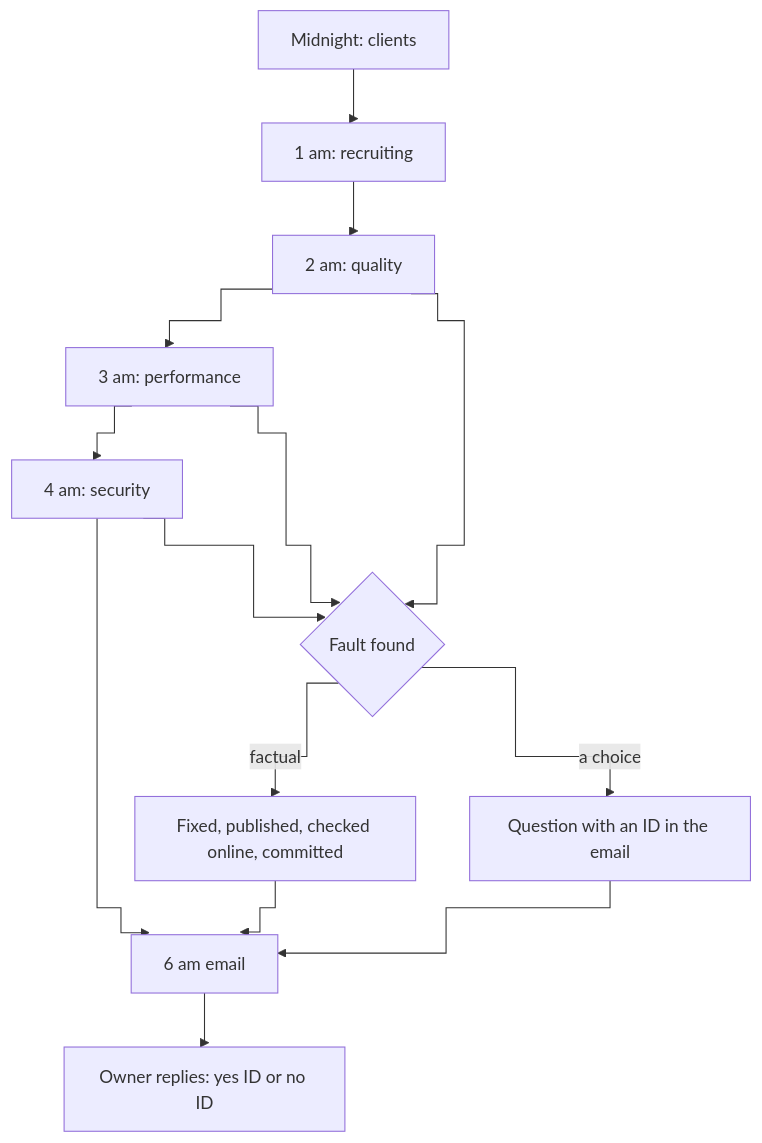
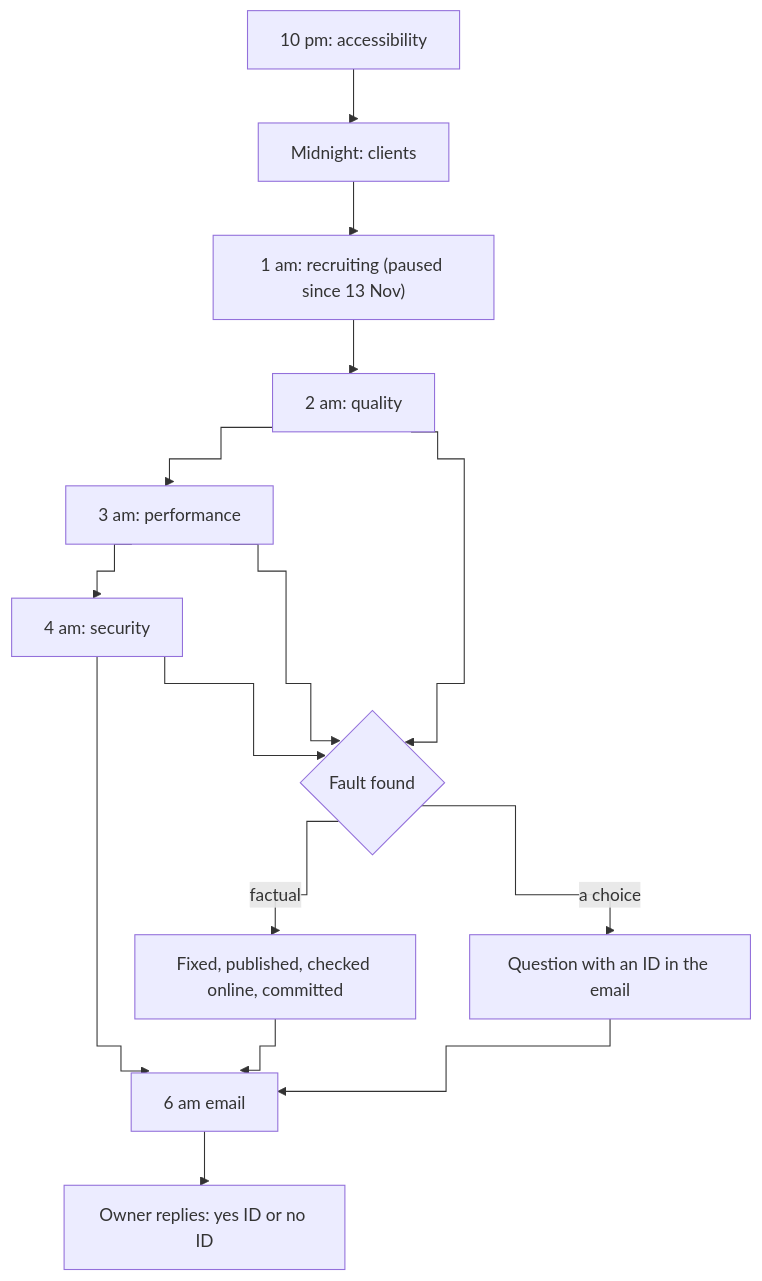
The first of 2 diagrams in README.md (anthohunt/agent-site-night-shift), drawn with Mermaid before and after one commit. The commit also changed other lines of this file, not shown here.

````diff
--- a/README.md
+++ b/README.md
@@ -26,17 +26,18 @@
 ```mermaid
 %%{init: {"flowchart": {"curve": "step"}}}%%
 flowchart TD
-    A["Midnight: clients"] --> B["1 am: recruiting"]
+    Z["10 pm: accessibility"] --> A["Midnight: clients"]
+    A --> B["1 am: recruiting (paused since 13 Nov)"]
     B --> C["2 am: quality"]
     C --> D["3 am: performance"]
     D --> E["4 am: security"]
     E --> F["6 am email"]
     C --> G{"Fault found"}
     D --> G
     E --> G
     G -->|"factual"| H["Fixed, published, checked online, committed"]
     G -->|"a choice"| I["Question with an ID in the email"]
     H --> F
     I --> F
     F --> J["Owner replies: yes ID or no ID"]
 ```
````
